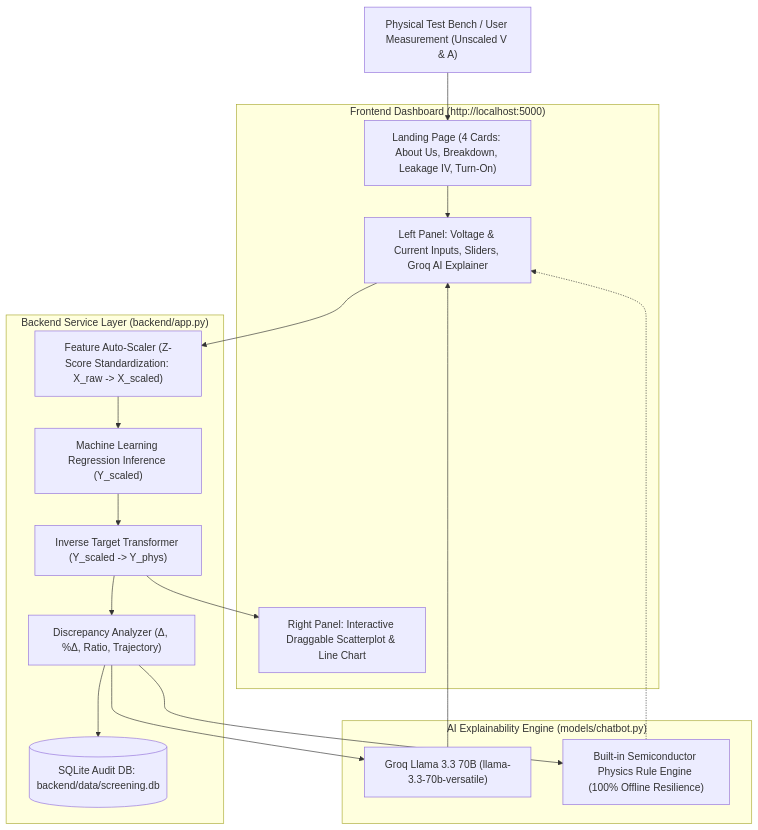
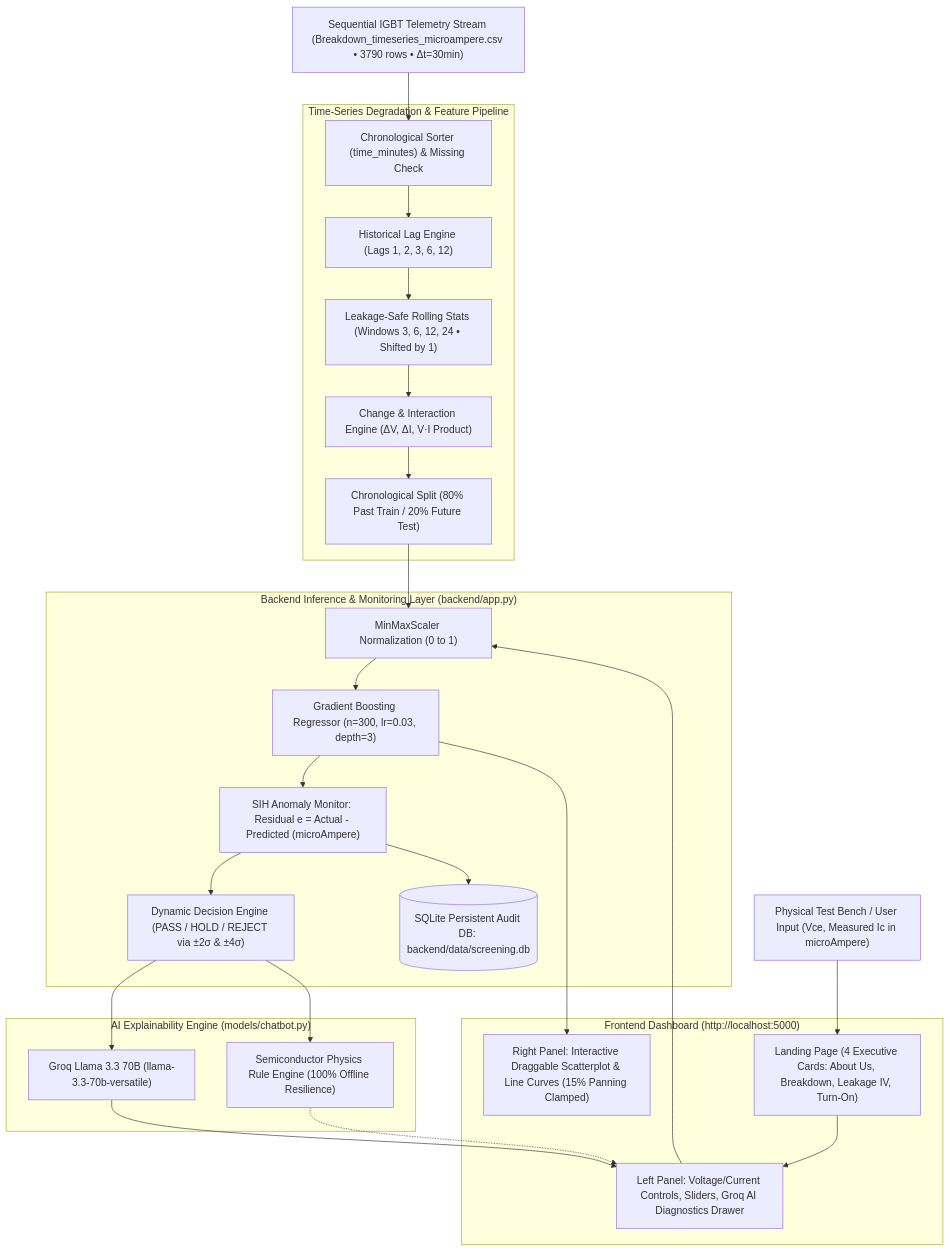
Before and after one commit to samarthhhb/drishti_sih2026: the diagram in README.md, drawn with Mermaid. The commit also changed other lines of this file and 32 other files, not shown here.

````diff
--- a/README.md
+++ b/README.md
@@ -50,30 +54,40 @@
 ```mermaid
 flowchart TD
-    User["Physical Test Bench / User Measurement (Unscaled V & A)"]
-    
+    SensorStream["Sequential IGBT Telemetry Stream (Breakdown_timeseries_microampere.csv • 3790 rows • Δt=30min)"]
+    User["Physical Test Bench / User Input (Vce, Measured Ic in microAmpere)"]
+
+    subgraph TimeSeriesPipeline ["Time-Series Degradation & Feature Pipeline"]
+        ChronoSort["Chronological Sorter (time_minutes) & Missing Check"]
+        LagEngine["Historical Lag Engine (Lags 1, 2, 3, 6, 12)"]
+        RollEngine["Leakage-Safe Rolling Stats (Windows 3, 6, 12, 24 • Shifted by 1)"]
+        DeltaEngine["Change & Interaction Engine (ΔV, ΔI, V·I Product)"]
+        ChronoSplit["Chronological Split (80% Past Train / 20% Future Test)"]
+    end
+
+    subgraph InferenceBackend ["Backend Inference & Monitoring Layer (backend/app.py)"]
+        Scaler["MinMaxScaler Normalization (0 to 1)"]
+        GBRModel["Gradient Boosting Regressor (n=300, lr=0.03, depth=3)"]
+        ResidualMonitor["SIH Anomaly Monitor: Residual e = Actual - Predicted (microAmpere)"]
+        RiskClassifier["Dynamic Decision Engine (PASS / HOLD / REJECT via ±2σ & ±4σ)"]
+        DB[(SQLite Persistent Audit DB: backend/data/screening.db)]
+    end
+
     subgraph Frontend ["Frontend Dashboard (http://localhost:5000)"]
-        Landing["Landing Page (4 Cards: About Us, Breakdown, Leakage IV, Turn-On)"]
-        SplitLeft["Left Panel: Voltage & Current Inputs, Sliders, Groq AI Explainer"]
-        SplitRight["Right Panel: Interactive Draggable Scatterplot & Line Chart"]
+        Landing["Landing Page (4 Executive Cards: About Us, Breakdown, Leakage IV, Turn-On)"]
+        SplitLeft["Left Panel: Voltage/Current Controls, Sliders, Groq AI Diagnostics Drawer"]
+        SplitRight["Right Panel: Interactive Draggable Scatterplot & Line Curves (15% Panning Clamped)"]
     end
-    
-    subgraph Backend ["Backend Service Layer (backend/app.py)"]
-        Scaler["Feature Auto-Scaler (Z-Score Standardization: X_raw -> X_scaled)"]
-        MLModel["Machine Learning Regression Inference (Y_scaled)"]
-        InverseScale["Inverse Target Transformer (Y_scaled -> Y_phys)"]
-        Discrepancy["Discrepancy Analyzer (Δ, %Δ, Ratio, Trajectory)"]
-        DB[(SQLite Audit DB: backend/data/screening.db)]
-    end
-    
+
     subgraph AI ["AI Explainability Engine (models/chatbot.py)"]
         Groq["Groq Llama 3.3 70B (llama-3.3-70b-versatile)"]
-        Fallback["Built-in Semiconductor Physics Rule Engine (100% Offline Resilience)"]
+        Fallback["Semiconductor Physics Rule Engine (100% Offline Resilience)"]
     end
 
+    SensorStream --> ChronoSort --> LagEngine --> RollEngine --> DeltaEngine --> ChronoSplit --> Scaler
     User --> Landing --> SplitLeft
-    SplitLeft --> Scaler --> MLModel --> InverseScale --> Discrepancy
-    Discrepancy --> Groq --> SplitLeft
-    Discrepancy --> Fallback -.-> SplitLeft
-    Discrepancy --> DB
-    InverseScale --> SplitRight
+    SplitLeft --> Scaler --> GBRModel --> ResidualMonitor --> RiskClassifier
+    ResidualMonitor --> DB
+    RiskClassifier --> Groq --> SplitLeft
+    RiskClassifier --> Fallback -.-> SplitLeft
+    GBRModel --> SplitRight
 ```
````
